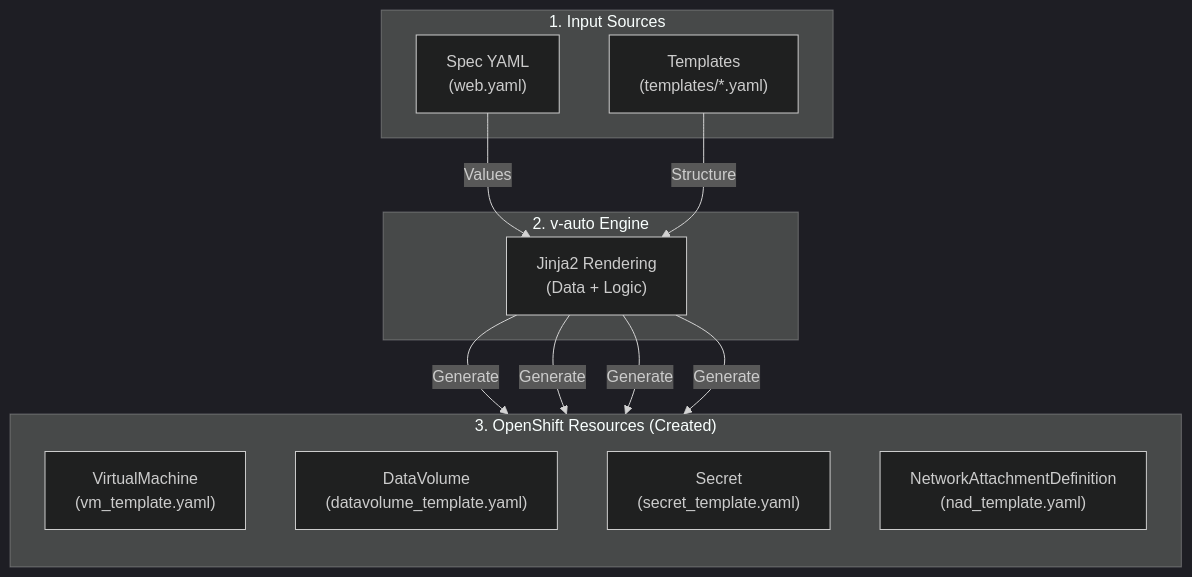
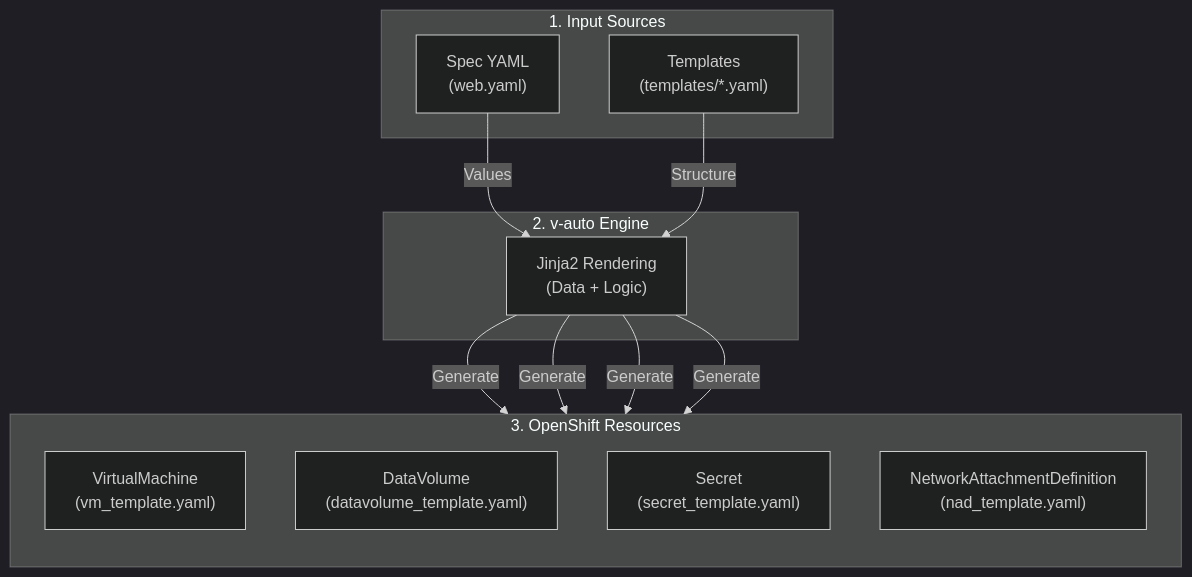
Before and after one commit to chkeum/v-auto: the diagram in DOCS_USER.md, drawn with Mermaid (dark theme). The commit also changed 1 other file, not shown here.

Commit message:
Fix Diagram Overlap: Simplify Box 3 Label (v20260120)

````diff
--- a/DOCS_USER.md
+++ b/DOCS_USER.md
@@ -33,31 +33,31 @@
 ```mermaid
 graph TD
     %% 1. Input Sources
     subgraph Inputs["1. Input Sources"]
     Spec["Spec YAML<br>(web.yaml)"]
     Tpl["Templates<br>(templates/*.yaml)"]
     end
 
     %% 2. Processing Engine
     subgraph Engine["2. v-auto Engine"]
     Render["Jinja2 Rendering<br>(Data + Logic)"]
     end
     
     %% 3. Output Resources
-    subgraph Resources["3. OpenShift Resources (Created)"]
+    subgraph Resources["3. OpenShift Resources"]
     direction TB
     VM["VirtualMachine<br>(vm_template.yaml)"]
     DV["DataVolume<br>(datavolume_template.yaml)"]
     Secret["Secret<br>(secret_template.yaml)"]
     NAD["NetworkAttachmentDefinition<br>(nad_template.yaml)"]
     end
     
     %% Connections
     Spec -->|Values| Render
     Tpl -->|Structure| Render
     
     Render -->|Generate| VM
     Render -->|Generate| DV
     Render -->|Generate| Secret
     Render -->|Generate| NAD
 ```
````
